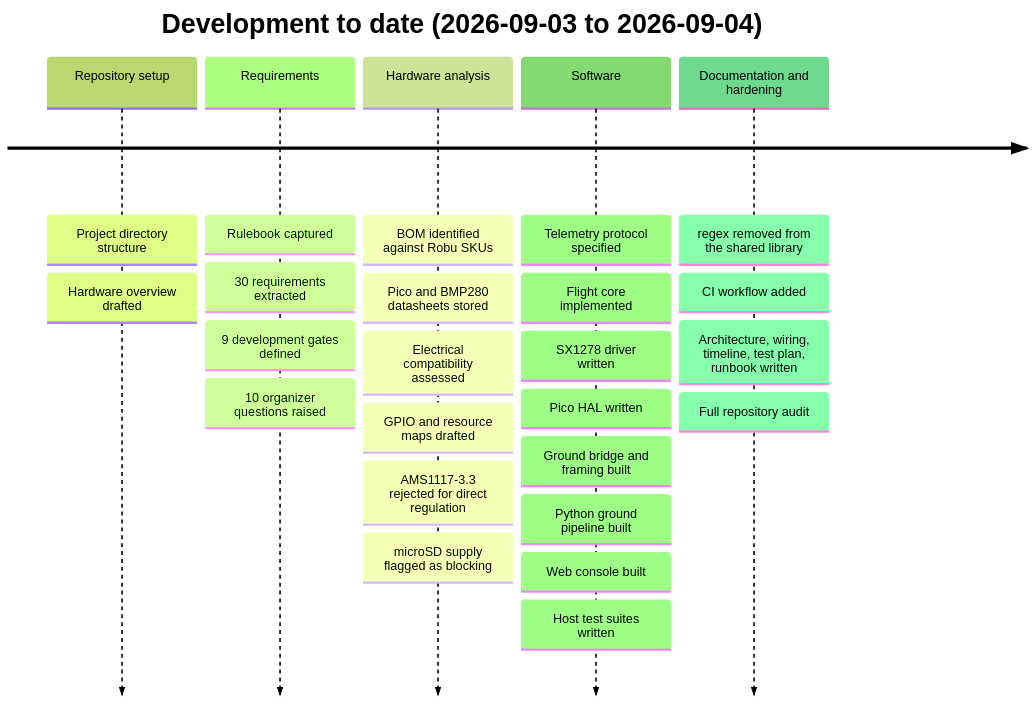
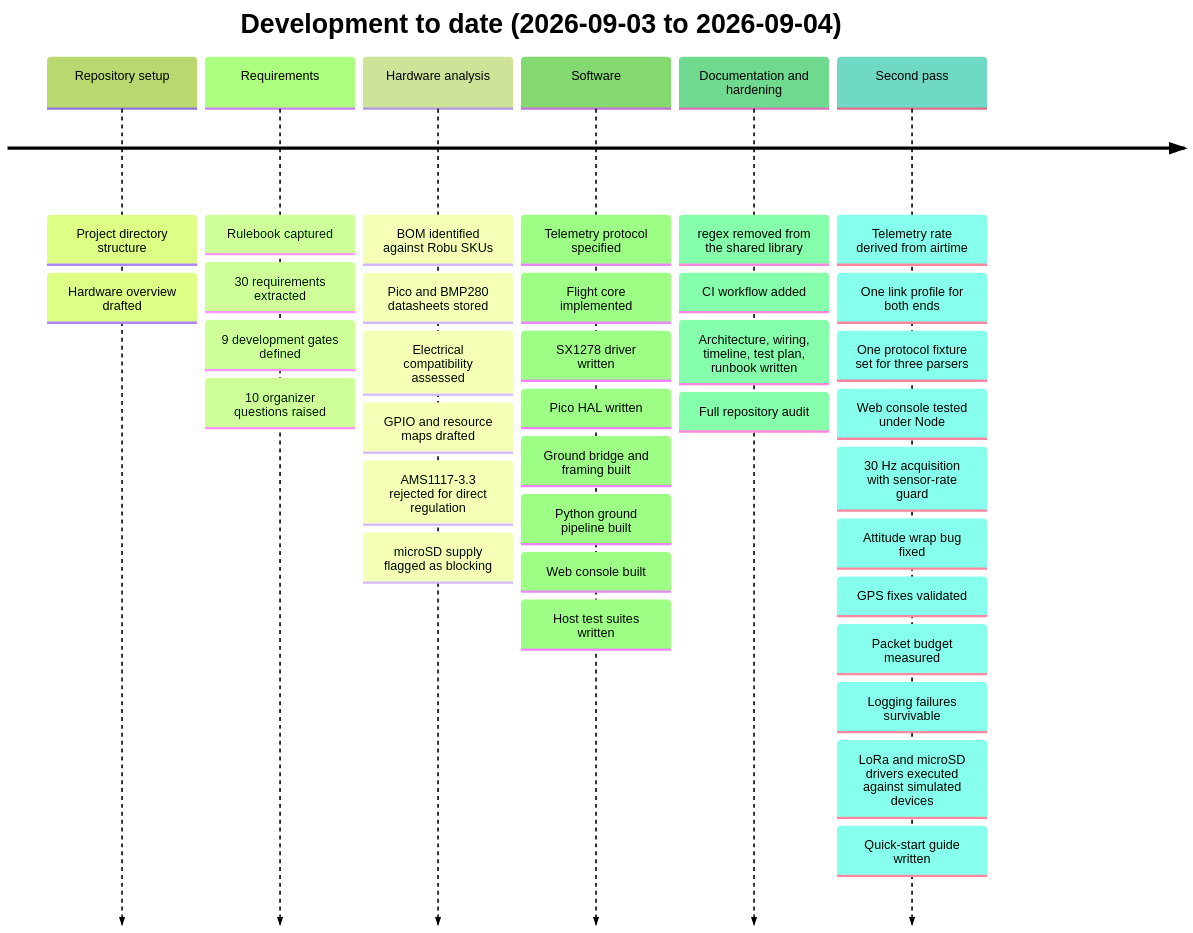
One commit to KunjSorathiya/CanSat-2026 changed the first of 4 diagrams in documentation/project/timeline.md. Above: the diagram before and after it, drawn with Mermaid (forest theme). The commit also changed other lines of this file and 2 other files, not shown here.

First line of the commit message:
docs: make the requirements checklist and timeline reflect what was actually built

````diff
--- a/documentation/project/timeline.md
+++ b/documentation/project/timeline.md
@@ -51,9 +51,10 @@
 ```mermaid
 timeline
     title Development to date (2026-09-03 to 2026-09-04)
     Repository setup : Project directory structure : Hardware overview drafted
     Requirements : Rulebook captured : 30 requirements extracted : 9 development gates defined : 10 organizer questions raised
     Hardware analysis : BOM identified against Robu SKUs : Pico and BMP280 datasheets stored : Electrical compatibility assessed : GPIO and resource maps drafted : AMS1117-3.3 rejected for direct regulation : microSD supply flagged as blocking
     Software : Telemetry protocol specified : Flight core implemented : SX1278 driver written : Pico HAL written : Ground bridge and framing built : Python ground pipeline built : Web console built : Host test suites written
     Documentation and hardening : regex removed from the shared library : CI workflow added : Architecture, wiring, timeline, test plan, runbook written : Full repository audit
+    Second pass : Telemetry rate derived from airtime : One link profile for both ends : One protocol fixture set for three parsers : Web console tested under Node : 30 Hz acquisition with sensor-rate guard : Attitude wrap bug fixed : GPS fixes validated : Packet budget measured : Logging failures survivable : LoRa and microSD drivers executed against simulated devices : Quick-start guide written
 ```
````
